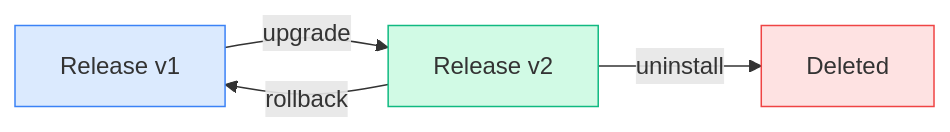
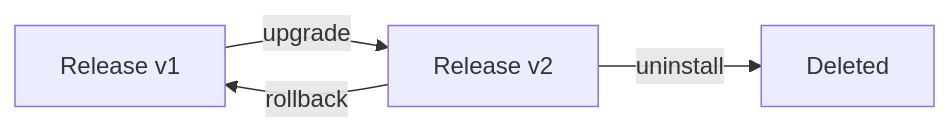
One commit to Gautam4424/k8slearn-content changed the third of 4 diagrams in content/cka/13-helm-kubernetes-package-manager/overview/overview.md. Above: the diagram before and after it, drawn with Mermaid. The commit also changed other lines of this file and 40 other files, not shown here.

Commit message:
chore: fix mermaid style regex

````diff
--- a/content/cka/13-helm-kubernetes-package-manager/overview/overview.md
+++ b/content/cka/13-helm-kubernetes-package-manager/overview/overview.md
@@ -170,9 +164,6 @@
 ```mermaid
 flowchart LR
     R1["Release v1"] -->|upgrade| R2["Release v2"]
     R2 -->|rollback| R1
     R2 -->|uninstall| GONE["Deleted"]
-    style R1 fill:#dbeafe,stroke:#3b82f6
-    style R2 fill:#d1fae5,stroke:#10b981
-    style GONE fill:#fee2e2,stroke:#ef4444
 ```
````
